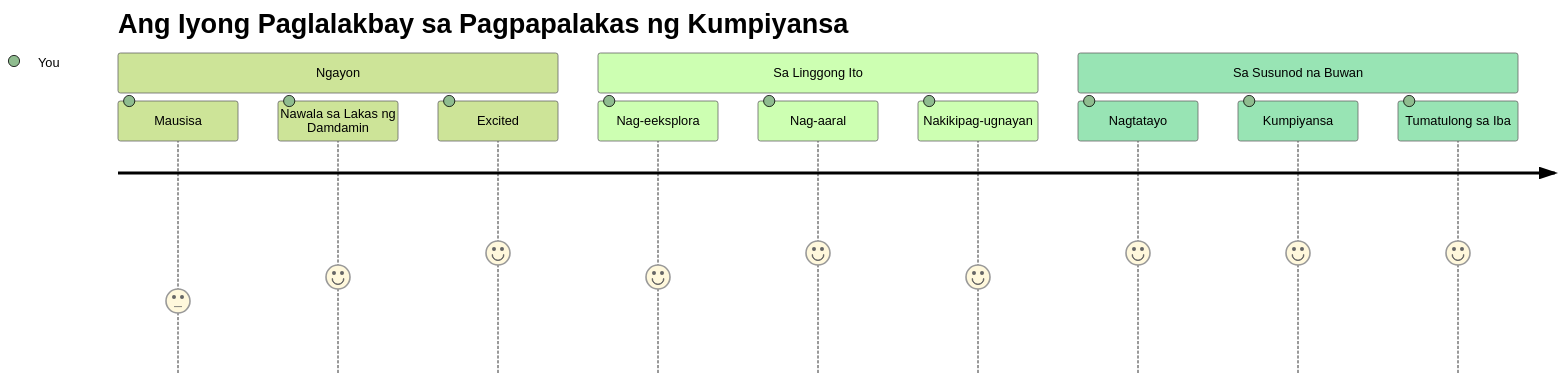
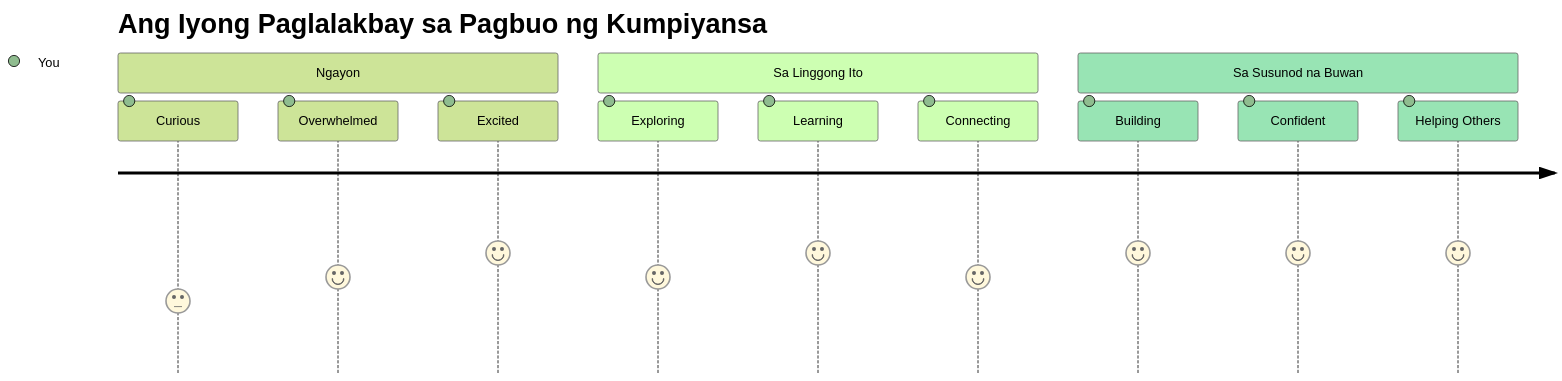
One commit to microsoft/Web-Dev-For-Beginners changed the seventh of 7 diagrams in translations/tl/1-getting-started-lessons/1-intro-to-programming-languages/README.md. Above: the diagram before and after it, drawn with Mermaid (forest theme). The commit also changed other lines of this file and 8 other files, not shown here.

````diff
--- a/translations/tl/1-getting-started-lessons/1-intro-to-programming-languages/README.md
+++ b/translations/tl/1-getting-started-lessons/1-intro-to-programming-languages/README.md
@@ -829,16 +829,16 @@
 ```mermaid
 journey
-    title Ang Iyong Paglalakbay sa Pagpapalakas ng Kumpiyansa
+    title Ang Iyong Paglalakbay sa Pagbuo ng Kumpiyansa
     section Ngayon
-      Mausisa: 3: You
-      Nawala sa Lakas ng Damdamin: 4: You
+      Curious: 3: You
+      Overwhelmed: 4: You
       Excited: 5: You
     section Sa Linggong Ito
-      Nag-eeksplora: 4: You
-      Nag-aaral: 5: You
-      Nakikipag-ugnayan: 4: You
+      Exploring: 4: You
+      Learning: 5: You
+      Connecting: 4: You
     section Sa Susunod na Buwan
-      Nagtatayo: 5: You
-      Kumpiyansa: 5: You
-      Tumatulong sa Iba: 5: You
+      Building: 5: You
+      Confident: 5: You
+      Helping Others: 5: You
 ```
````
